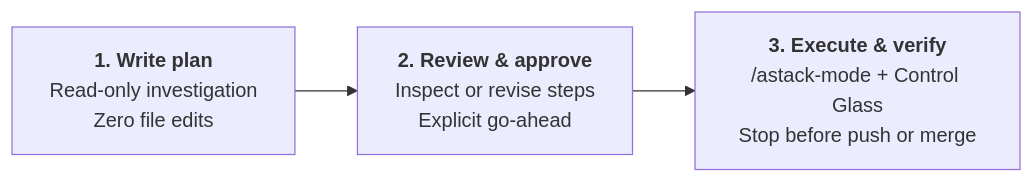
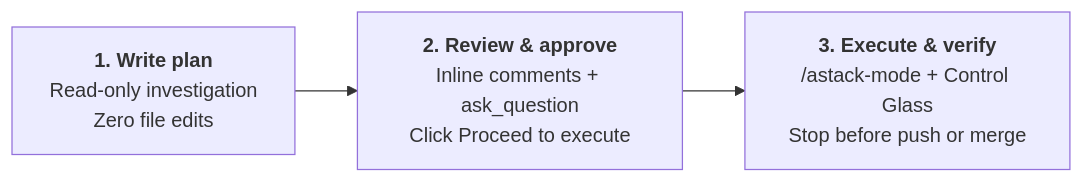
The first of 2 diagrams in docs/user-guide.md (jmxt3/astack), drawn with Mermaid before and after one commit. The commit also changed other lines of this file and 38 other files, not shown here.

````diff
--- a/docs/user-guide.md
+++ b/docs/user-guide.md
@@ -65,10 +64,10 @@
 ```mermaid
 flowchart LR
     P["`**1. Write plan**
 Read-only investigation
 Zero file edits`"] --> A["`**2. Review & approve**
-Inspect or revise steps
-Explicit go-ahead`"] --> E["`**3. Execute & verify**
+Inline comments + ask_question
+Click Proceed to execute`"] --> E["`**3. Execute & verify**
 /astack-mode + Control Glass
 Stop before push or merge`"]
 ```
````
